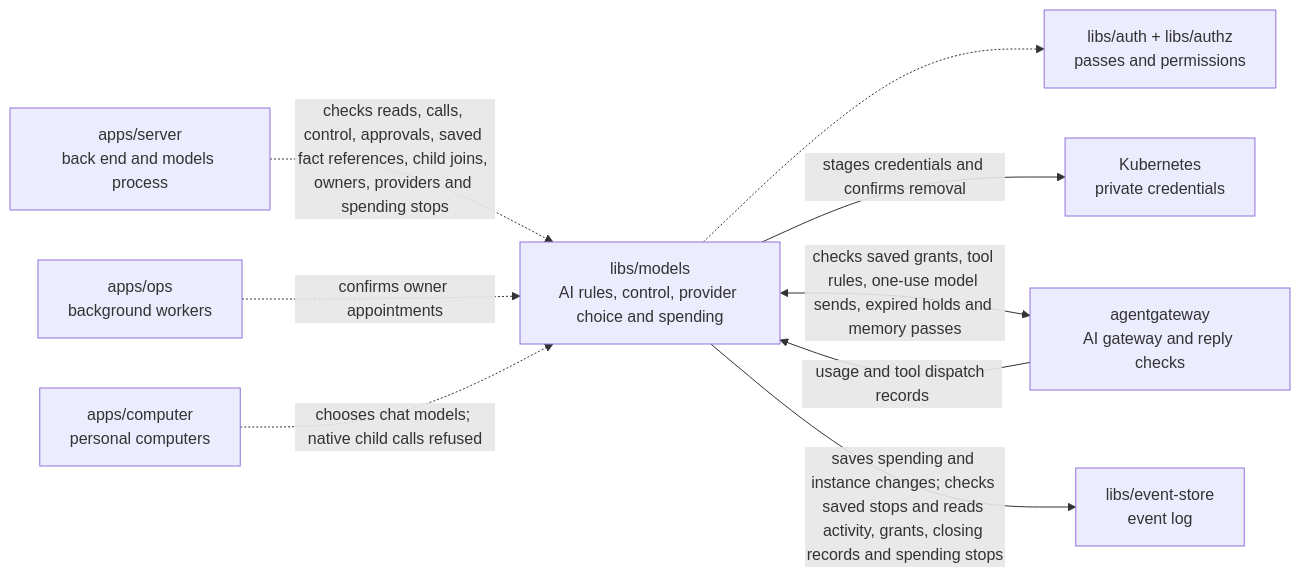
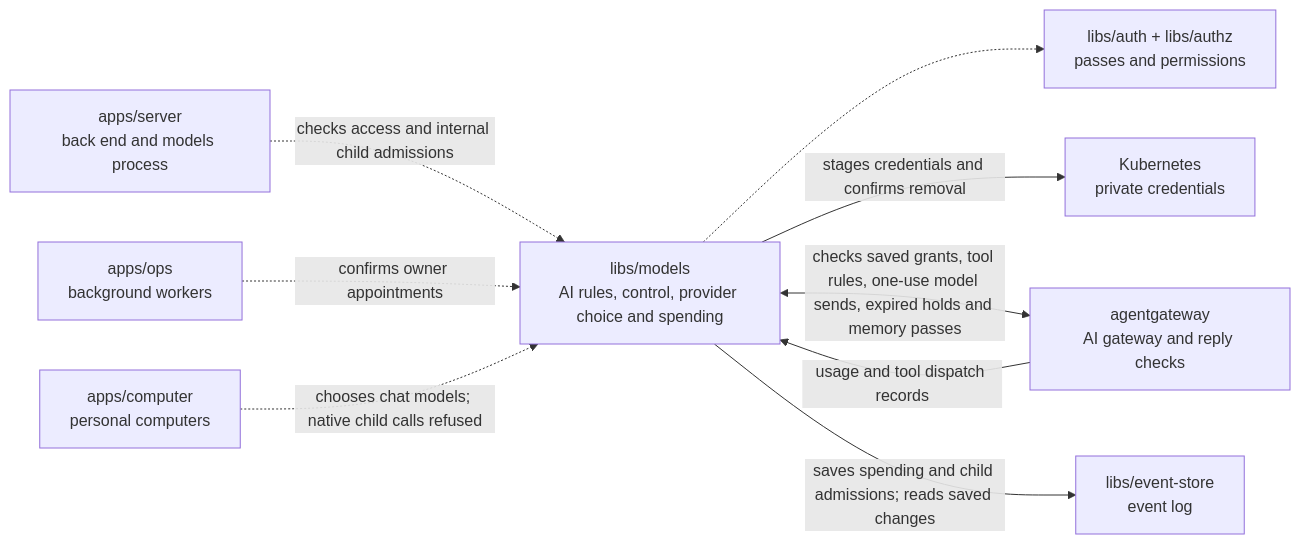
Before and after one commit to elewa-git/opencrane-new: the diagram in libs/models/README.md, drawn with Mermaid. The commit also changed other lines of this file and 6 other files, not shown here.

Commit message:
🛡️ Save checked internal descendant admissions without enabling native calls

````diff
--- a/libs/models/README.md
+++ b/libs/models/README.md
@@ -14,11 +14,11 @@
 ```mermaid
 flowchart LR
-  server["apps/server<br/>back end and models process"] -.->|checks reads, calls, control, approvals, saved fact references, child joins, owners, providers and spending stops| models["libs/models<br/>AI rules, control, provider choice and spending"]
+  server["apps/server<br/>back end and models process"] -.->|checks access and internal child admissions| models["libs/models<br/>AI rules, control, provider choice and spending"]
   ops["apps/ops<br/>background workers"] -.->|confirms owner appointments| models
   computer["apps/computer<br/>personal computers"] -.->|chooses chat models; native child calls refused| models
   models -.-> auth["libs/auth + libs/authz<br/>passes and permissions"]
   models -->|stages credentials and confirms removal| custody["Kubernetes<br/>private credentials"]
   models <-->|checks saved grants, tool rules, one-use model sends, expired holds and memory passes| gateway["agentgateway<br/>AI gateway and reply checks"]
   gateway -->|usage and tool dispatch records| models
-  models -->|saves spending and instance changes; checks saved stops and reads activity, grants, closing records and spending stops| store["libs/event-store<br/>event log"]
+  models -->|saves spending and child admissions; reads saved changes| store["libs/event-store<br/>event log"]
 ```
````
